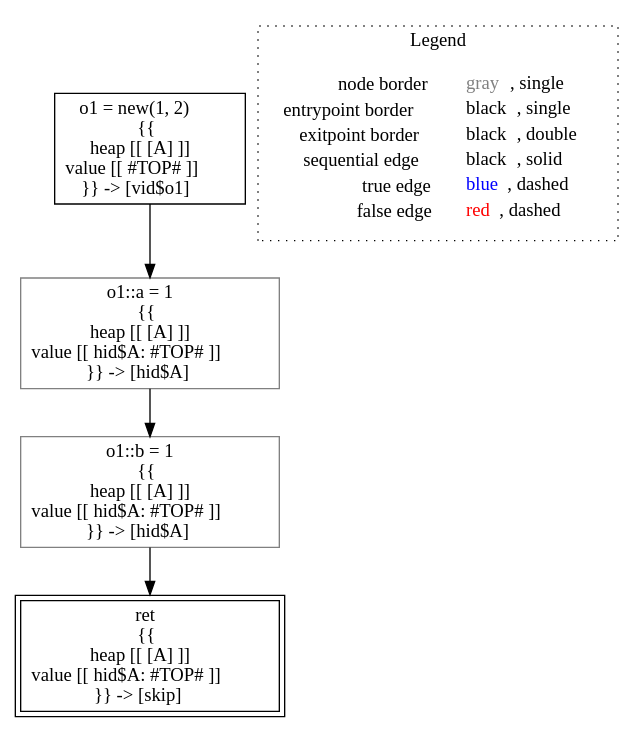
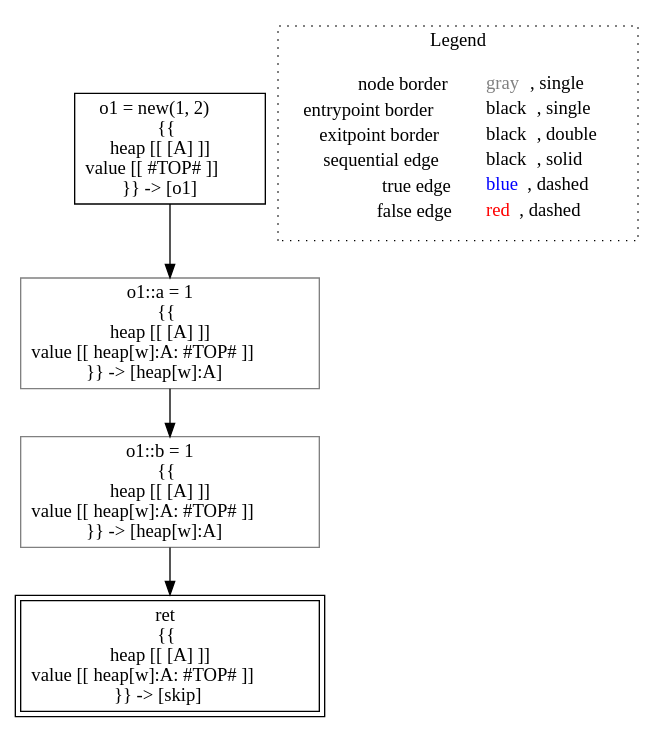
One commit to lisa-analyzer/lisa changed the diagram in lisa/imp-testcases/heap/type-based-heap/analysis___untyped_A.f3(A_this).dot. Above: the diagram before and after it, drawn with Graphviz. The commit also changed 65 other files, not shown here.

```diff
--- a/lisa/imp-testcases/heap/type-based-heap/analysis___untyped_A.f3(A_this).dot
+++ b/lisa/imp-testcases/heap/type-based-heap/analysis___untyped_A.f3(A_this).dot
@@ -1,16 +1,16 @@
 digraph {
-	"node0" [shape="rect",color="black",label=<o1 = new(1, 2)<BR/>{{<BR/>heap [[ [A] ]]<BR/>value [[ #TOP# ]]<BR/>}} -&gt; [vid$o1]>];
-	"node1" [shape="rect",color="gray",label=<o1::a = 1<BR/>{{<BR/>heap [[ [A] ]]<BR/>value [[ hid$A: #TOP# ]]<BR/>}} -&gt; [hid$A]>];
-	"node2" [shape="rect",color="black",peripheries="2",label=<ret<BR/>{{<BR/>heap [[ [A] ]]<BR/>value [[ hid$A: #TOP# ]]<BR/>}} -&gt; [skip]>];
-	"node3" [shape="rect",color="gray",label=<o1::b = 1<BR/>{{<BR/>heap [[ [A] ]]<BR/>value [[ hid$A: #TOP# ]]<BR/>}} -&gt; [hid$A]>];
-	"node1" -> "node3" [color="black"];
+	"node0" [shape="rect",color="black",label=<o1 = new(1, 2)<BR/>{{<BR/>heap [[ [A] ]]<BR/>value [[ #TOP# ]]<BR/>}} -&gt; [o1]>];
+	"node1" [shape="rect",color="gray",label=<o1::a = 1<BR/>{{<BR/>heap [[ [A] ]]<BR/>value [[ heap[w]:A: #TOP# ]]<BR/>}} -&gt; [heap[w]:A]>];
+	"node2" [shape="rect",color="gray",label=<o1::b = 1<BR/>{{<BR/>heap [[ [A] ]]<BR/>value [[ heap[w]:A: #TOP# ]]<BR/>}} -&gt; [heap[w]:A]>];
+	"node3" [shape="rect",color="black",peripheries="2",label=<ret<BR/>{{<BR/>heap [[ [A] ]]<BR/>value [[ heap[w]:A: #TOP# ]]<BR/>}} -&gt; [skip]>];
+	"node1" -> "node2" [color="black"];
 	"node0" -> "node1" [color="black"];
-	"node3" -> "node2" [color="black"];
+	"node2" -> "node3" [color="black"];
 subgraph cluster_legend {
 	label="Legend";
 	style=dotted;
 	node [shape=plaintext];
 	"legend" [label=<<table border="0" cellpadding="2" cellspacing="0" cellborder="0"><tr><td align="right">node border&nbsp;</td><td align="left"><font color="gray">gray</font>, single</td></tr><tr><td align="right">entrypoint border&nbsp;</td><td align="left"><font color="black">black</font>, single</td></tr><tr><td align="right">exitpoint border&nbsp;</td><td align="left"><font color="black">black</font>, double</td></tr><tr><td align="right">sequential edge&nbsp;</td><td align="left"><font color="black">black</font>, solid</td></tr><tr><td align="right">true edge&nbsp;</td><td align="left"><font color="blue">blue</font>, dashed</td></tr><tr><td align="right">false edge&nbsp;</td><td align="left"><font color="red">red</font>, dashed</td></tr></table>>];
 }
 
 }
```
